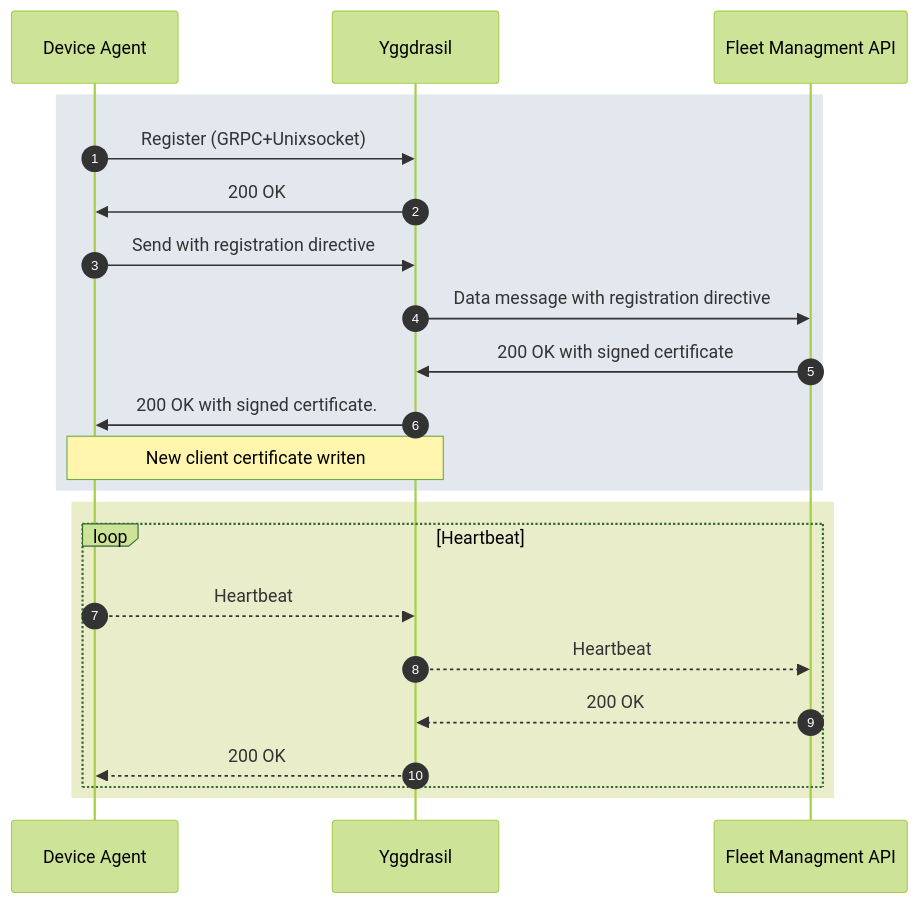
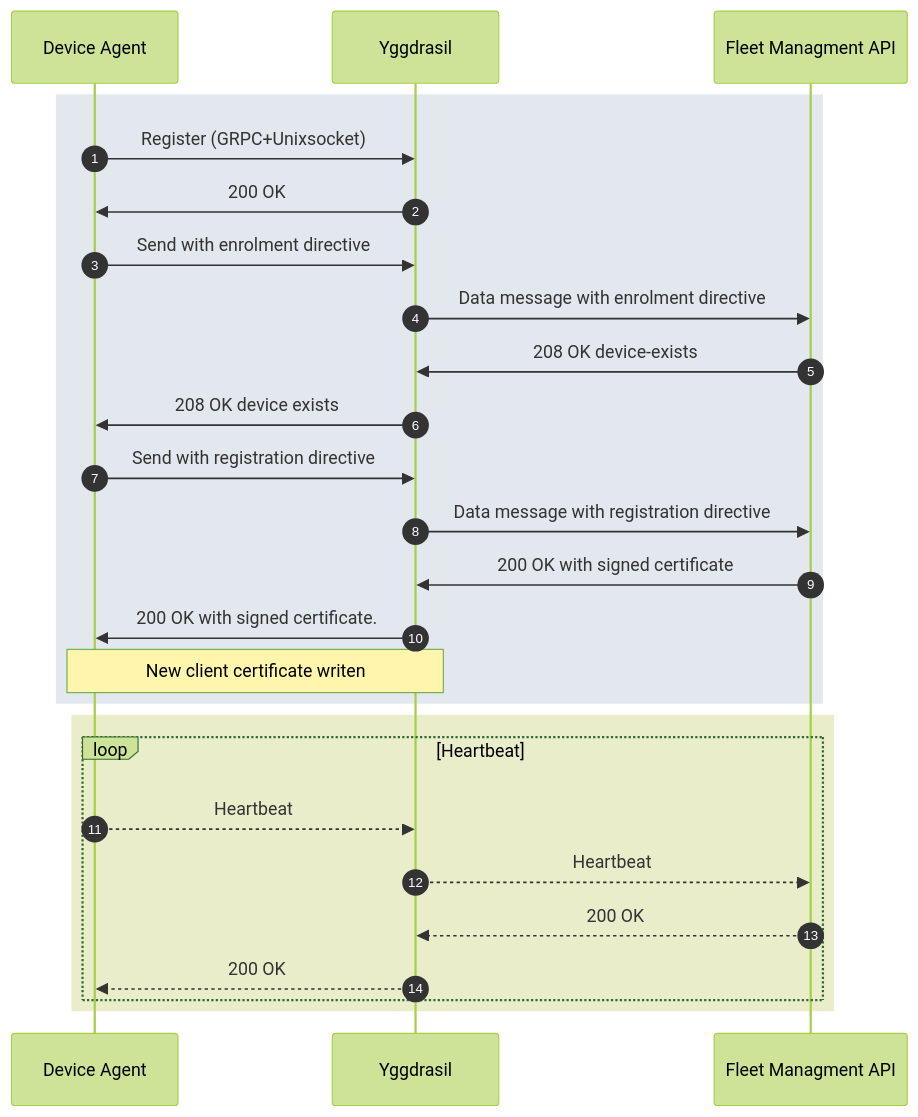
Before and after one commit to project-flotta/project-flotta.github.io: the diagram in documentation/latest/intro/concepts.md, drawn with Mermaid (forest theme). The commit also changed other lines of this file and 2 other files, not shown here.

```diff
--- a/documentation/latest/intro/concepts.md
+++ b/documentation/latest/intro/concepts.md
@@ -44,26 +44,30 @@
 {% mermaid %}
 sequenceDiagram
 autonumber
 participant Agent as Device Agent
 participant YGGD as Yggdrasil
 participant API as Fleet Managment API
 
 rect rgb(226, 232, 238)
   Agent ->> YGGD: Register (GRPC+Unixsocket)
   YGGD ->> Agent: 200 OK
+  Agent ->> YGGD: Send with enrolment directive
+  YGGD ->> API: Data message with enrolment directive
+  API ->> YGGD: 208 OK device-exists
+  YGGD ->> Agent: 208 OK device exists
   Agent ->> YGGD: Send with registration directive
   YGGD ->> API: Data message with registration directive
   API ->> YGGD: 200 OK with signed certificate
   YGGD ->> Agent: 200 OK with signed certificate.
   Note over YGGD, Agent: New client certificate writen
 end
 
 rect rgb(233, 237, 202)
   loop Heartbeat
     Agent -->> YGGD: Heartbeat
     YGGD-->> API: Heartbeat
     API -->> YGGD: 200 OK
     YGGD-->> Agent: 200 OK
   end
 end
 {% endmermaid %}
```
